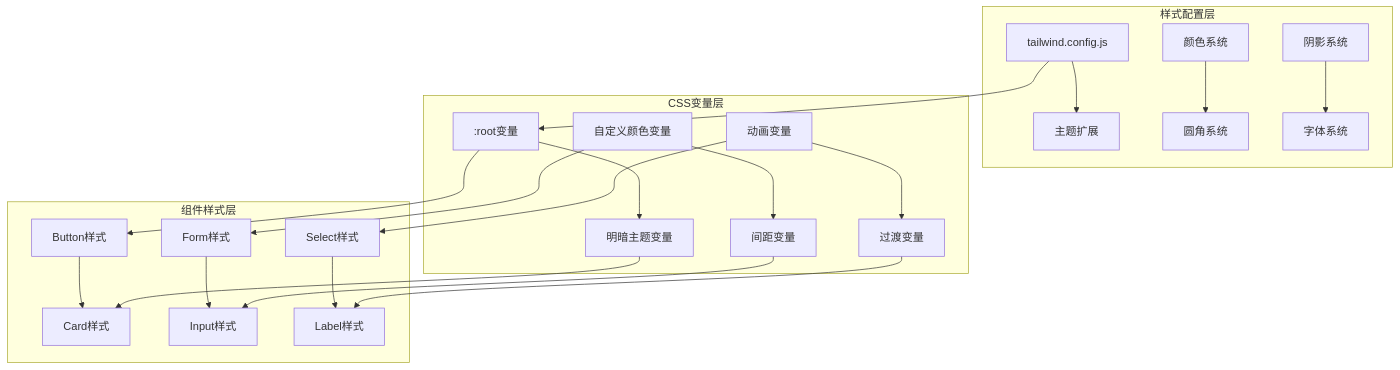
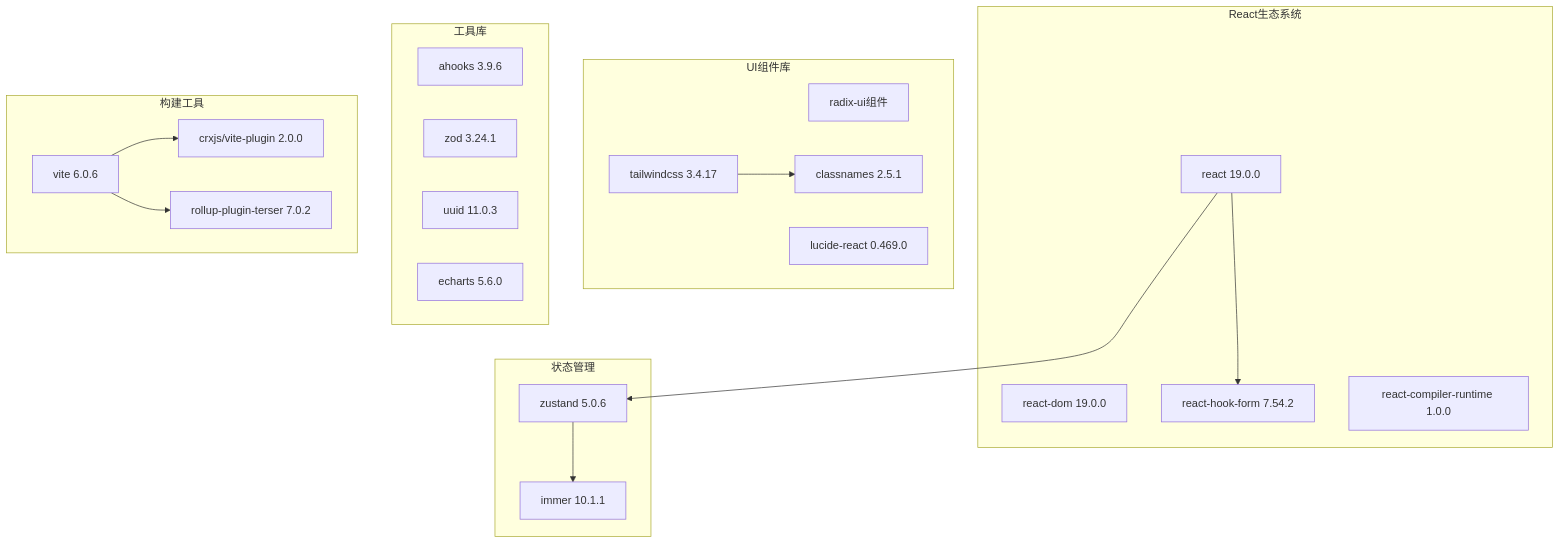
Before and after one commit to RadiumAg/bilibili-favorites: the eighth of 8 diagrams in .qoder/repowiki/zh/content/开发指南/React最佳实践系统.md, drawn with Mermaid. The commit also changed other lines of this file and 21 other files, not shown here.

````diff
--- a/.qoder/repowiki/zh/content/开发指南/React最佳实践系统.md
+++ b/.qoder/repowiki/zh/content/开发指南/React最佳实践系统.md
@@ -364,25 +308,36 @@
 ```mermaid
 graph TB
-subgraph "样式配置层"
-A[tailwind.config.js] --> B[主题扩展]
-C[颜色系统] --> D[圆角系统]
-E[阴影系统] --> F[字体系统]
+subgraph "React生态系统"
+React[react 19.0.0]
+ReactDOM[react-dom 19.0.0]
+HookForm[react-hook-form 7.54.2]
+Compiler[react-compiler-runtime 1.0.0]
 end
-subgraph "CSS变量层"
-G[:root变量] --> H[明暗主题变量]
-I[自定义颜色变量] --> J[间距变量]
-K[动画变量] --> L[过渡变量]
+subgraph "UI组件库"
+Radix[radix-ui组件]
+Tailwind[tailwindcss 3.4.17]
+Lucide[lucide-react 0.469.0]
+Classnames[classnames 2.5.1]
 end
-subgraph "组件样式层"
-M[Button样式] --> N[Card样式]
-O[Form样式] --> P[Input样式]
-Q[Select样式] --> R[Label样式]
+subgraph "状态管理"
+Zustand[zustand 5.0.6]
+Immer[immer 10.1.1]
 end
-A --> G
-G --> M
-H --> N
-I --> O
-J --> P
-K --> Q
-L --> R
+subgraph "工具库"
+AHooks[ahooks 3.9.6]
+Zod[zod 3.24.1]
+UUID[uuid 11.0.3]
+ECharts[echarts 5.6.0]
+end
+subgraph "构建工具"
+Vite[vite 6.0.6]
+CRX[crxjs/vite-plugin 2.0.0]
+Terser[rollup-plugin-terser 7.0.2]
+end
+React --> HookForm
+React --> Zustand
+Zustand --> Immer
+Tailwind --> Classnames
+Vite --> CRX
+Vite --> Terser
 ```
````
